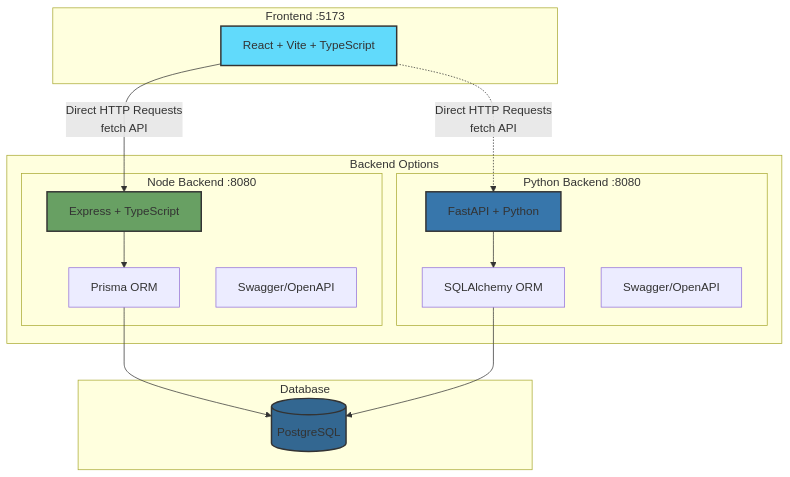
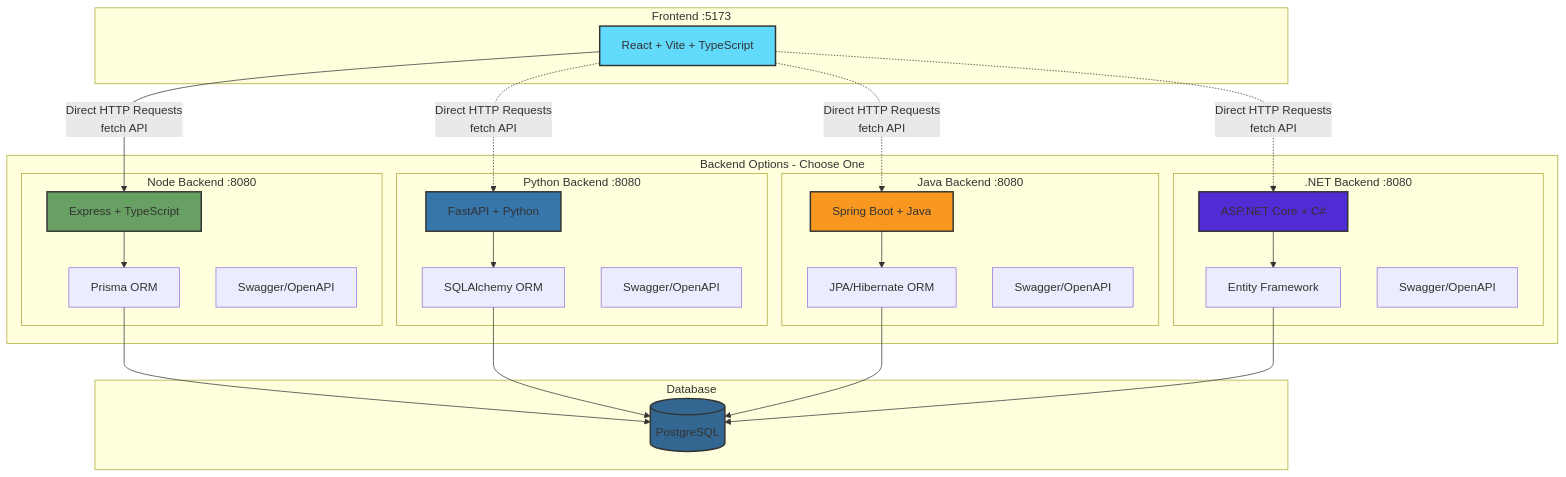
The diagram in README.md (nybblegroup/technight-2025-12-4), drawn with Mermaid before and after one commit. The commit also changed other lines of this file, not shown here.

````diff
--- a/README.md
+++ b/README.md
@@ -7,37 +7,57 @@
 ```mermaid
 graph TB
     subgraph "Frontend :5173"
         FE[React + Vite + TypeScript]
     end
 
-    subgraph "Backend Options"
+    subgraph "Backend Options - Choose One"
         subgraph "Node Backend :8080"
             NODE[Express + TypeScript]
             PRISMA[Prisma ORM]
             SWAGGER_NODE[Swagger/OpenAPI]
         end
 
         subgraph "Python Backend :8080"
             PYTHON[FastAPI + Python]
             SQLALCHEMY[SQLAlchemy ORM]
             SWAGGER_PY[Swagger/OpenAPI]
         end
+
+        subgraph "Java Backend :8080"
+            JAVA[Spring Boot + Java]
+            JPA[JPA/Hibernate ORM]
+            SWAGGER_JAVA[Swagger/OpenAPI]
+        end
+
+        subgraph ".NET Backend :8080"
+            DOTNET[ASP.NET Core + C#]
+            EF[Entity Framework]
+            SWAGGER_NET[Swagger/OpenAPI]
+        end
     end
 
     subgraph "Database"
         DB[(PostgreSQL)]
     end
 
     FE -->|Direct HTTP Requests<br/>fetch API| NODE
     FE -.->|Direct HTTP Requests<br/>fetch API| PYTHON
+    FE -.->|Direct HTTP Requests<br/>fetch API| JAVA
+    FE -.->|Direct HTTP Requests<br/>fetch API| DOTNET
 
     NODE --> PRISMA
     PYTHON --> SQLALCHEMY
+    JAVA --> JPA
+    DOTNET --> EF
     PRISMA --> DB
     SQLALCHEMY --> DB
+    JPA --> DB
+    EF --> DB
 
     style FE fill:#61dafb,stroke:#333,stroke-width:2px
     style NODE fill:#68a063,stroke:#333,stroke-width:2px
     style PYTHON fill:#3776ab,stroke:#333,stroke-width:2px
+    style JAVA fill:#f89820,stroke:#333,stroke-width:2px
+    style DOTNET fill:#512bd4,stroke:#333,stroke-width:2px
     style DB fill:#336791,stroke:#333,stroke-width:2px
 ```
````
